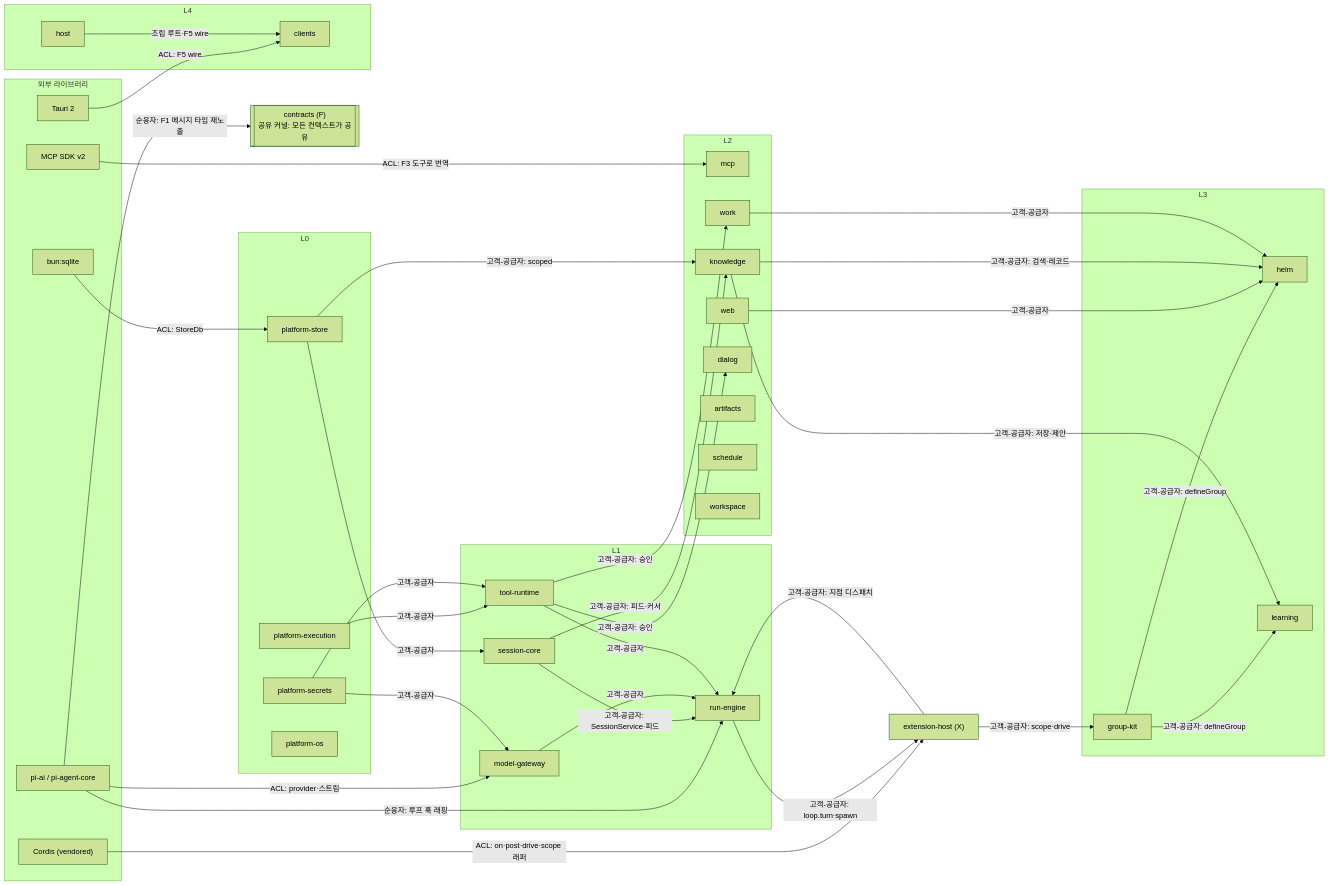
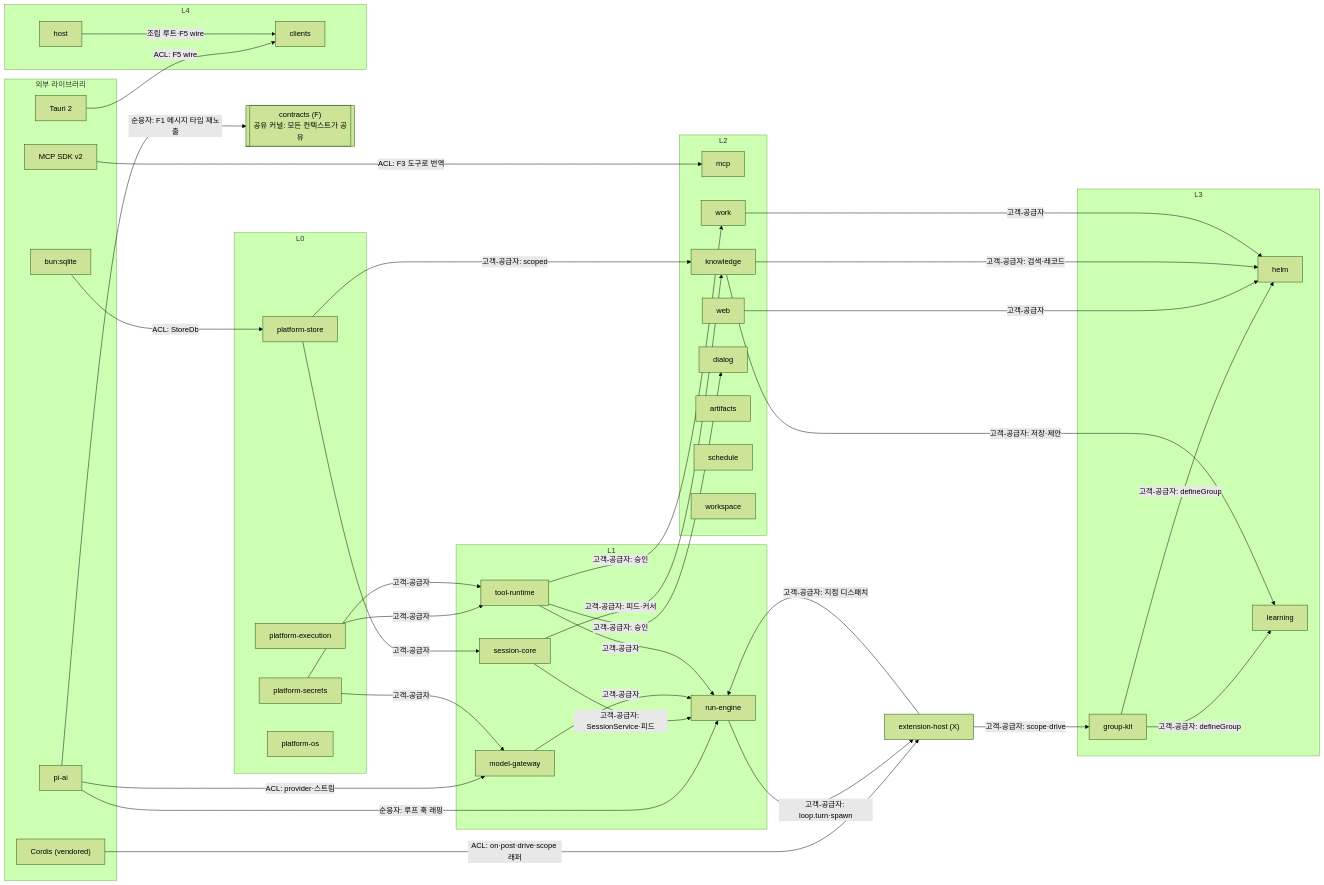
The first of 2 diagrams in docs/xeon/engineering/context-map/design.md (Rengod95/Helm-Agent_Docs_OS), drawn with Mermaid (forest theme) before and after one commit. The commit also changed 85 other files, not shown here.

````diff
--- a/docs/xeon/engineering/context-map/design.md
+++ b/docs/xeon/engineering/context-map/design.md
@@ -87,73 +87,73 @@
 ```mermaid
 flowchart LR
   subgraph EXTLIB["외부 라이브러리"]
-    PIAI["pi-ai / pi-agent-core"]
+    PIAI["pi-ai"]
     MCPSDK["MCP SDK v2"]
     TAURI["Tauri 2"]
     CORDIS["Cordis (vendored)"]
     SQLITE["bun:sqlite"]
   end
   F[["contracts (F)<br/>공유 커널: 모든 컨텍스트가 공유"]]
   subgraph L0["L0"]
     ST["platform-store"]
     PX["platform-execution"]
     SE["platform-secrets"]
     OS["platform-os"]
   end
   XH["extension-host (X)"]
   subgraph L1["L1"]
     SC["session-core"]
     RE["run-engine"]
     MG["model-gateway"]
     TR["tool-runtime"]
   end
   subgraph L2["L2"]
     MCP["mcp"]
     WEB["web"]
     KN["knowledge"]
     WK["work"]
     DL["dialog"]
     AR["artifacts"]
     SH["schedule"]
     WS["workspace"]
   end
   subgraph L3["L3"]
     GK["group-kit"]
     HE["helm"]
     LE["learning"]
   end
   subgraph L4["L4"]
     CL["clients"]
     HO["host"]
   end
 
   SQLITE -->|"ACL: StoreDb"| ST
   CORDIS -->|"ACL: on·post·drive·scope 래퍼"| XH
   PIAI -->|"순응자: F1 메시지 타입 재노출"| F
   PIAI -->|"ACL: provider·스트림"| MG
   PIAI -->|"순응자: 루프 훅 래핑"| RE
   MCPSDK -->|"ACL: F3 도구로 번역"| MCP
   TAURI -->|"ACL: F5 wire"| CL
 
   ST -->|"고객-공급자"| SC
   ST -->|"고객-공급자: scoped"| KN
   PX -->|"고객-공급자"| TR
   SE -->|"고객-공급자"| TR
   SE -->|"고객-공급자"| MG
   SC -->|"고객-공급자: SessionService·피드"| RE
   SC -->|"고객-공급자: 피드·커서"| KN
   MG -->|"고객-공급자"| RE
   TR -->|"고객-공급자"| RE
   XH -->|"고객-공급자: 지점 디스패치"| RE
   RE -->|"고객-공급자: loop.turn·spawn"| XH
   TR -->|"고객-공급자: 승인"| DL
   TR -->|"고객-공급자: 승인"| WK
   XH -->|"고객-공급자: scope·drive"| GK
   GK -->|"고객-공급자: defineGroup"| HE
   GK -->|"고객-공급자: defineGroup"| LE
   WEB -->|"고객-공급자"| HE
   KN -->|"고객-공급자: 검색·레코드"| HE
   KN -->|"고객-공급자: 저장·제안"| LE
   WK -->|"고객-공급자"| HE
   HO -->|"조립 루트·F5 wire"| CL
 ```
````
